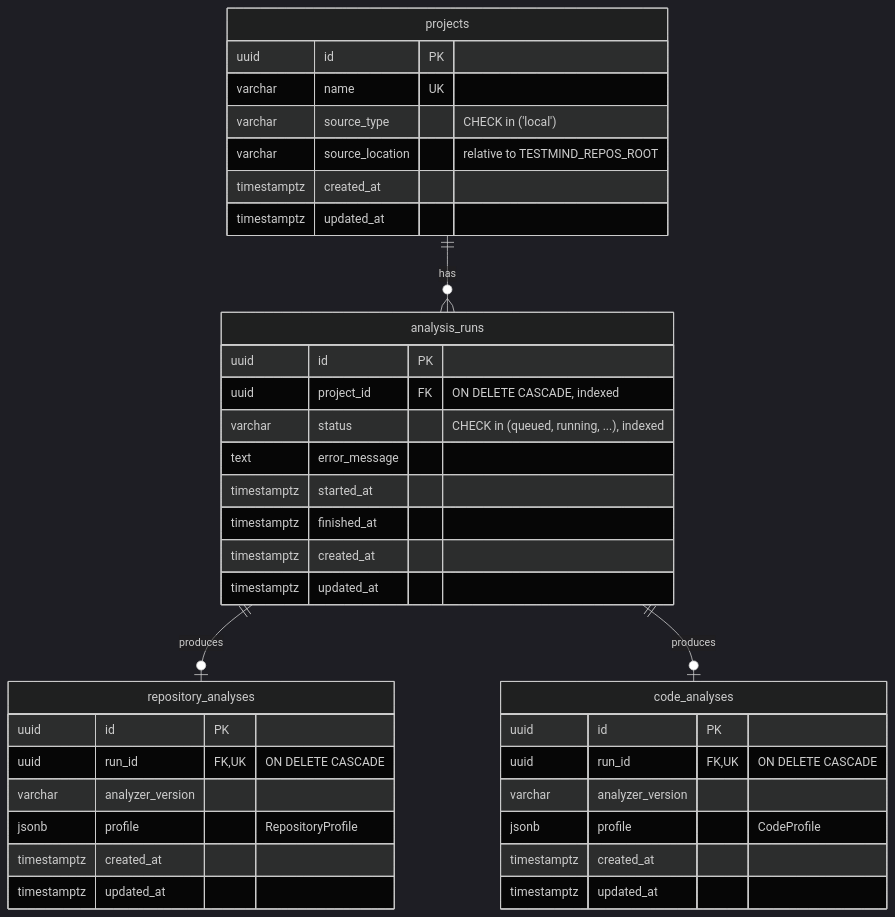
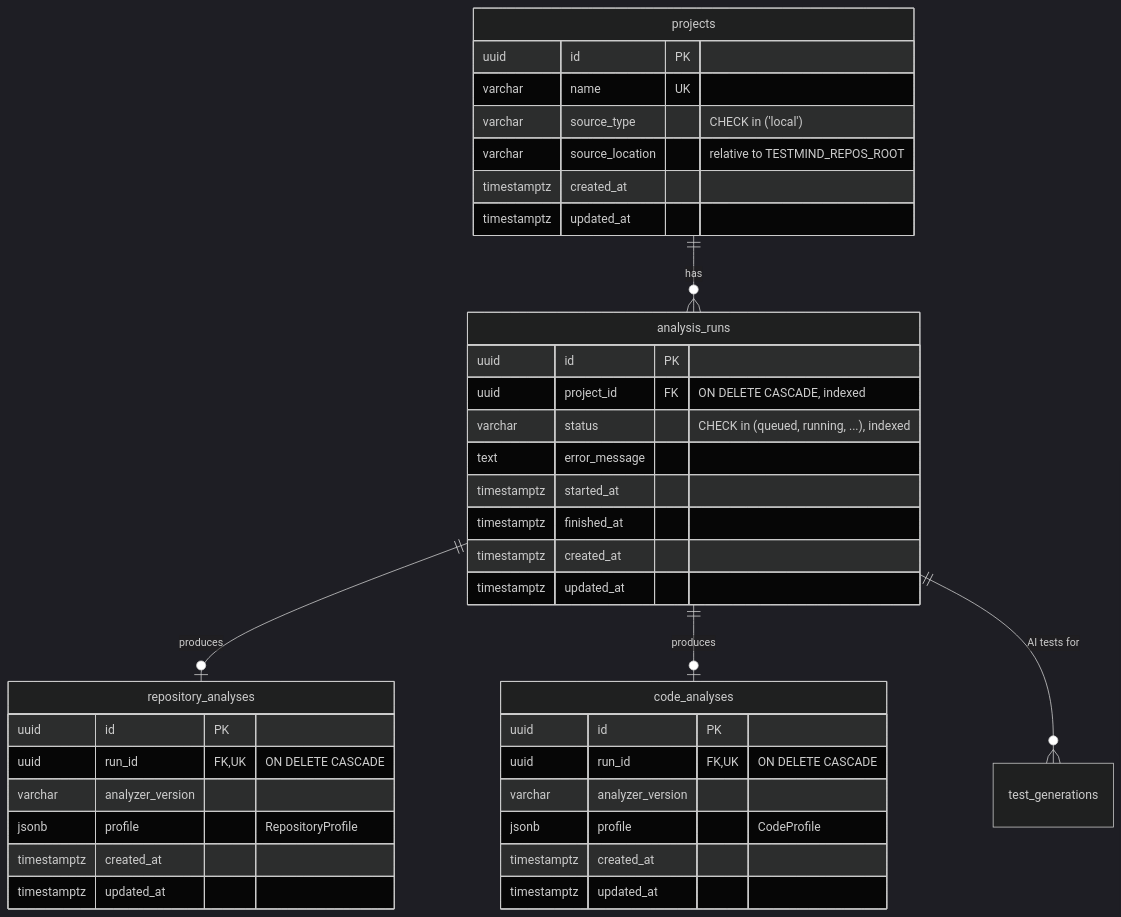
The fourth of 4 diagrams in docs/architecture.md (AAli-gh/AI-Powered-Software-Testing-Platform), drawn with Mermaid (dark theme) before and after one commit. The commit also changed other lines of this file and 67 other files, not shown here.

````diff
--- a/docs/architecture.md
+++ b/docs/architecture.md
@@ -127,40 +129,41 @@
 ```mermaid
 erDiagram
     projects ||--o{ analysis_runs : has
     analysis_runs ||--o| repository_analyses : produces
     analysis_runs ||--o| code_analyses : produces
+    analysis_runs ||--o{ test_generations : "AI tests for"
     projects {
         uuid id PK
         varchar name UK
         varchar source_type "CHECK in ('local')"
         varchar source_location "relative to TESTMIND_REPOS_ROOT"
         timestamptz created_at
         timestamptz updated_at
     }
     analysis_runs {
         uuid id PK
         uuid project_id FK "ON DELETE CASCADE, indexed"
         varchar status "CHECK in (queued, running, ...), indexed"
         text error_message
         timestamptz started_at
         timestamptz finished_at
         timestamptz created_at
         timestamptz updated_at
     }
     repository_analyses {
         uuid id PK
         uuid run_id FK,UK "ON DELETE CASCADE"
         varchar analyzer_version
         jsonb profile "RepositoryProfile"
         timestamptz created_at
         timestamptz updated_at
     }
     code_analyses {
         uuid id PK
         uuid run_id FK,UK "ON DELETE CASCADE"
         varchar analyzer_version
         jsonb profile "CodeProfile"
         timestamptz created_at
         timestamptz updated_at
     }
 ```
````
